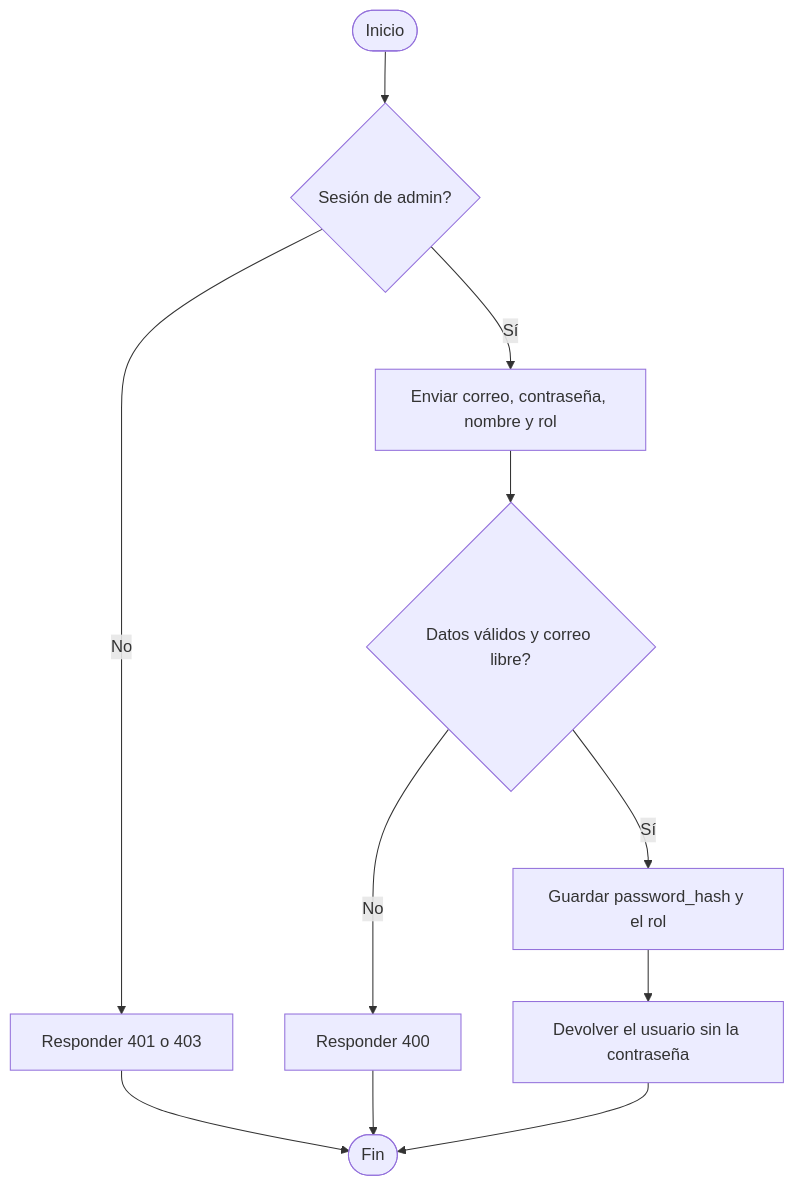
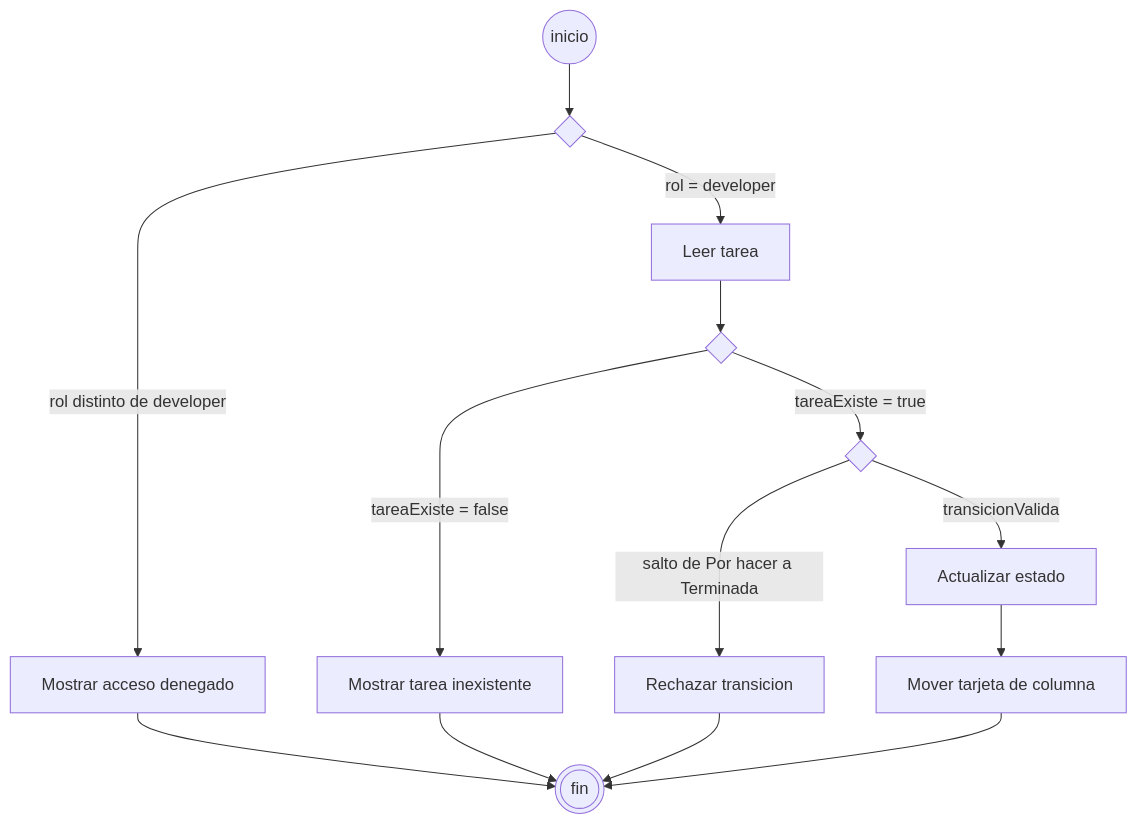
One commit to moisescb123/TaskFlowDevops changed the eighth of 12 diagrams in README.md. Above: the diagram before and after it, drawn with Mermaid. The commit also changed other lines of this file, not shown here.

First line of the commit message:
docs: align README system models with week-5 UML notation.

````diff
--- a/README.md
+++ b/README.md
@@ -268,13 +215,16 @@
 ```mermaid
 flowchart TD
-  inicio([Inicio]) --> sesion{Sesión de admin?}
-  sesion -->|No| denegado[Responder 401 o 403]
-  sesion -->|Sí| datos[Enviar correo, contraseña, nombre y rol]
-  datos --> valid{Datos válidos y correo libre?}
-  valid -->|No| e400[Responder 400]
-  valid -->|Sí| hash[Guardar password_hash y el rol]
-  hash --> ok[Devolver el usuario sin la contraseña]
-  denegado --> fin([Fin])
-  e400 --> fin
-  ok --> fin
+  inicio((inicio)) --> rol{ }
+  rol -->|rol = developer| leer[Leer tarea]
+  rol -->|rol distinto de developer| denegado[Mostrar acceso denegado]
+  leer --> existe{ }
+  existe -->|tareaExiste = false| noExiste[Mostrar tarea inexistente]
+  existe -->|tareaExiste = true| transicion{ }
+  transicion -->|transicionValida| actualizar[Actualizar estado]
+  transicion -->|salto de Por hacer a Terminada| rechazar[Rechazar transicion]
+  actualizar --> mover[Mover tarjeta de columna]
+  denegado --> fin(((fin)))
+  noExiste --> fin
+  rechazar --> fin
+  mover --> fin
 ```
````
